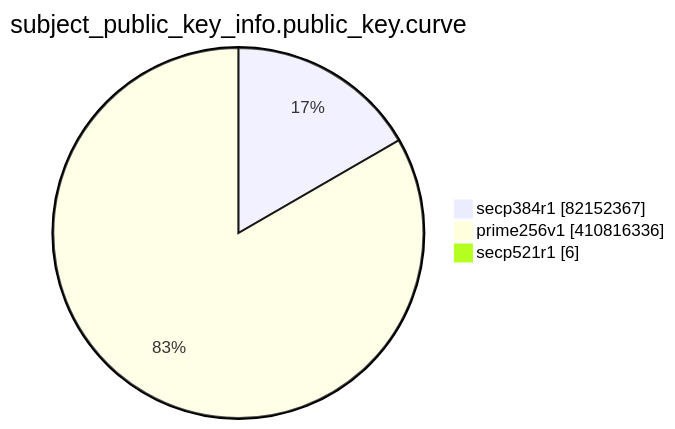
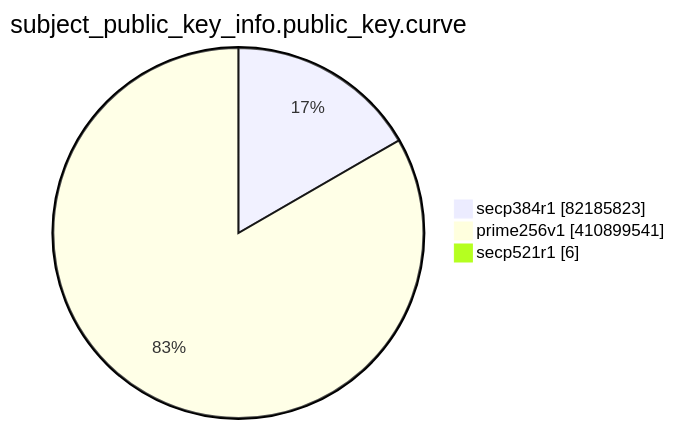
One commit to christiankrug/ctmonitor_visualization changed the eighth of 15 diagrams in TOTAL/README.md. Above: the diagram before and after it, drawn with Mermaid. The commit also changed other lines of this file, not shown here.

````diff
--- a/TOTAL/README.md
+++ b/TOTAL/README.md
@@ -3096,7 +3096,7 @@
 ```mermaid
 pie showData
 title subject_public_key_info.public_key.curve
-"secp384r1" :82152367
-"prime256v1" :410816336
+"secp384r1" :82185823
+"prime256v1" :410899541
 "secp521r1" :6
 ```
````
